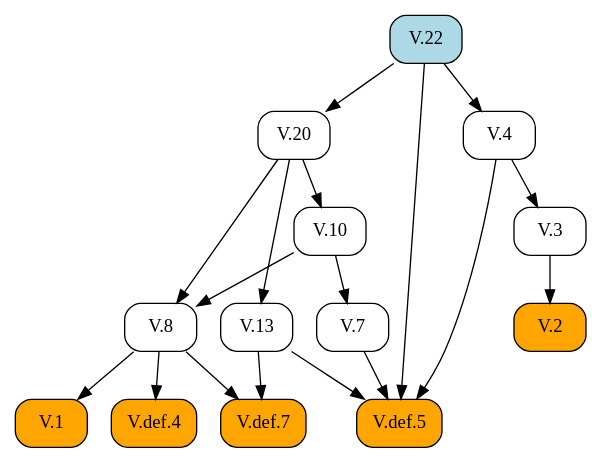
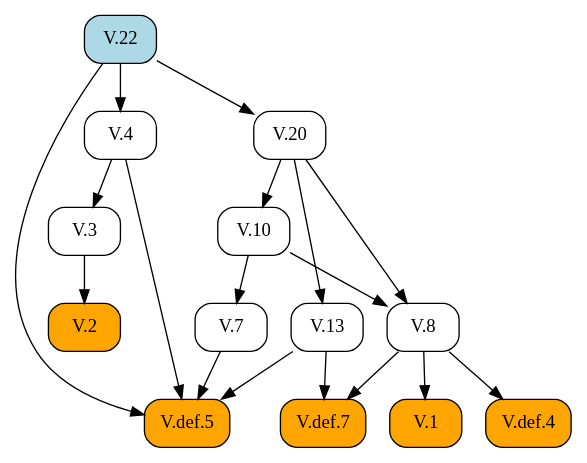
Before and after one commit to geometor/elements: the diagram in docsrc/heath/V/22/index.rst, drawn with Graphviz. The commit also changed other lines of this file and 484 other files, not shown here.

```diff
--- a/docsrc/heath/V/22/index.rst
+++ b/docsrc/heath/V/22/index.rst
@@ -70,36 +70,36 @@
 .. graphviz::
 
    digraph {
      rankdir="TB";
      node [shape=box, style=rounded];
-     "V.8" [URL="/heath/V/8/", target="_top"];
-     "V.1" [style="rounded,filled", fillcolor=orange, URL="/heath/V/1/", target="_top"];
-     "V.7" [URL="/heath/V/7/", target="_top"];
-     "V.def.4" [style="rounded,filled", fillcolor=orange, URL="/heath/V/def.4/", target="_top"];
-     "V.def.5" [style="rounded,filled", fillcolor=orange, URL="/heath/V/def.5/", target="_top"];
      "V.2" [style="rounded,filled", fillcolor=orange, URL="/heath/V/2/", target="_top"];
-     "V.22" [style="rounded,filled", fillcolor=lightblue, URL="/heath/V/22/", target="_top"];
      "V.10" [URL="/heath/V/10/", target="_top"];
      "V.4" [URL="/heath/V/4/", target="_top"];
+     "V.def.7" [style="rounded,filled", fillcolor=orange, URL="/heath/V/def.7/", target="_top"];
+     "V.1" [style="rounded,filled", fillcolor=orange, URL="/heath/V/1/", target="_top"];
+     "V.22" [style="rounded,filled", fillcolor=lightblue, URL="/heath/V/22/", target="_top"];
+     "V.13" [URL="/heath/V/13/", target="_top"];
      "V.3" [URL="/heath/V/3/", target="_top"];
-     "V.def.7" [style="rounded,filled", fillcolor=orange, URL="/heath/V/def.7/", target="_top"];
      "V.20" [URL="/heath/V/20/", target="_top"];
-     "V.13" [URL="/heath/V/13/", target="_top"];
-     "V.10" -> "V.8";
-     "V.20" -> "V.8";
+     "V.7" [URL="/heath/V/7/", target="_top"];
+     "V.def.5" [style="rounded,filled", fillcolor=orange, URL="/heath/V/def.5/", target="_top"];
+     "V.def.4" [style="rounded,filled", fillcolor=orange, URL="/heath/V/def.4/", target="_top"];
+     "V.8" [URL="/heath/V/8/", target="_top"];
+     "V.3" -> "V.2";
+     "V.20" -> "V.10";
+     "V.22" -> "V.4";
+     "V.8" -> "V.def.7";
+     "V.13" -> "V.def.7";
      "V.8" -> "V.1";
+     "V.20" -> "V.13";
+     "V.4" -> "V.3";
+     "V.22" -> "V.20";
      "V.10" -> "V.7";
-     "V.8" -> "V.def.4";
      "V.4" -> "V.def.5";
      "V.7" -> "V.def.5";
      "V.13" -> "V.def.5";
      "V.22" -> "V.def.5";
-     "V.3" -> "V.2";
-     "V.20" -> "V.10";
-     "V.22" -> "V.4";
-     "V.4" -> "V.3";
-     "V.8" -> "V.def.7";
-     "V.13" -> "V.def.7";
-     "V.22" -> "V.20";
-     "V.20" -> "V.13";
+     "V.8" -> "V.def.4";
+     "V.10" -> "V.8";
+     "V.20" -> "V.8";
    }
```
